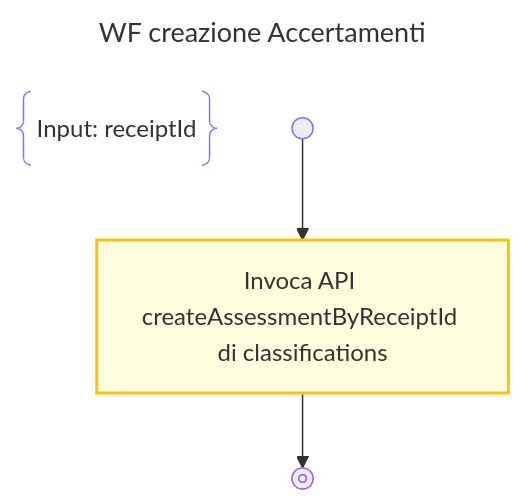
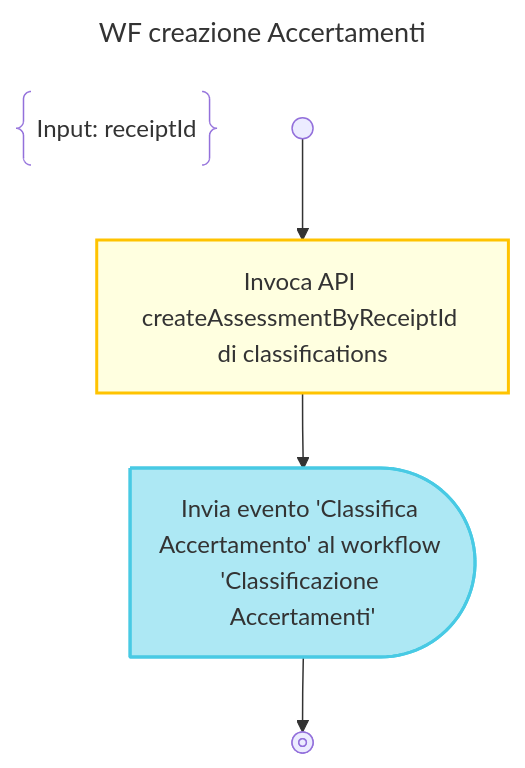
One commit to pagopa/p4pa-doc changed the diagram in design/workflow/accertamenti/wf_createAssessments.mmd. Above: the diagram before and after it, drawn with Mermaid. The commit also changed 5 other files, not shown here.

```diff
--- a/design/workflow/accertamenti/wf_createAssessments.mmd
+++ b/design/workflow/accertamenti/wf_createAssessments.mmd
@@ -1,10 +1,16 @@
 ---
+config:
+  theme: default
+  look: classic
 title: WF creazione Accertamenti
 ---
 flowchart TD
     DESCRIPTION@{ shape: braces, label: "Input: receiptId" }
+
     START@{shape: start} -->
     CREATE_ASSESSMENT:::activity@{label: "Invoca API createAssessmentByReceiptId di classifications"} -->
+    SIGNAL_ASSESSMENT:::send-signal@{shape: delay, label: "Invia evento 'Classifica Accertamento' al workflow 'Classificazione Accertamenti'"} -->
     END@{shape: stop}
 
     classDef activity fill:#FFFFE0, stroke:#ffc300, stroke-width:2px;
+    classDef send-signal fill:#ade8f4, stroke:#48cae4, stroke-width:2px
```
